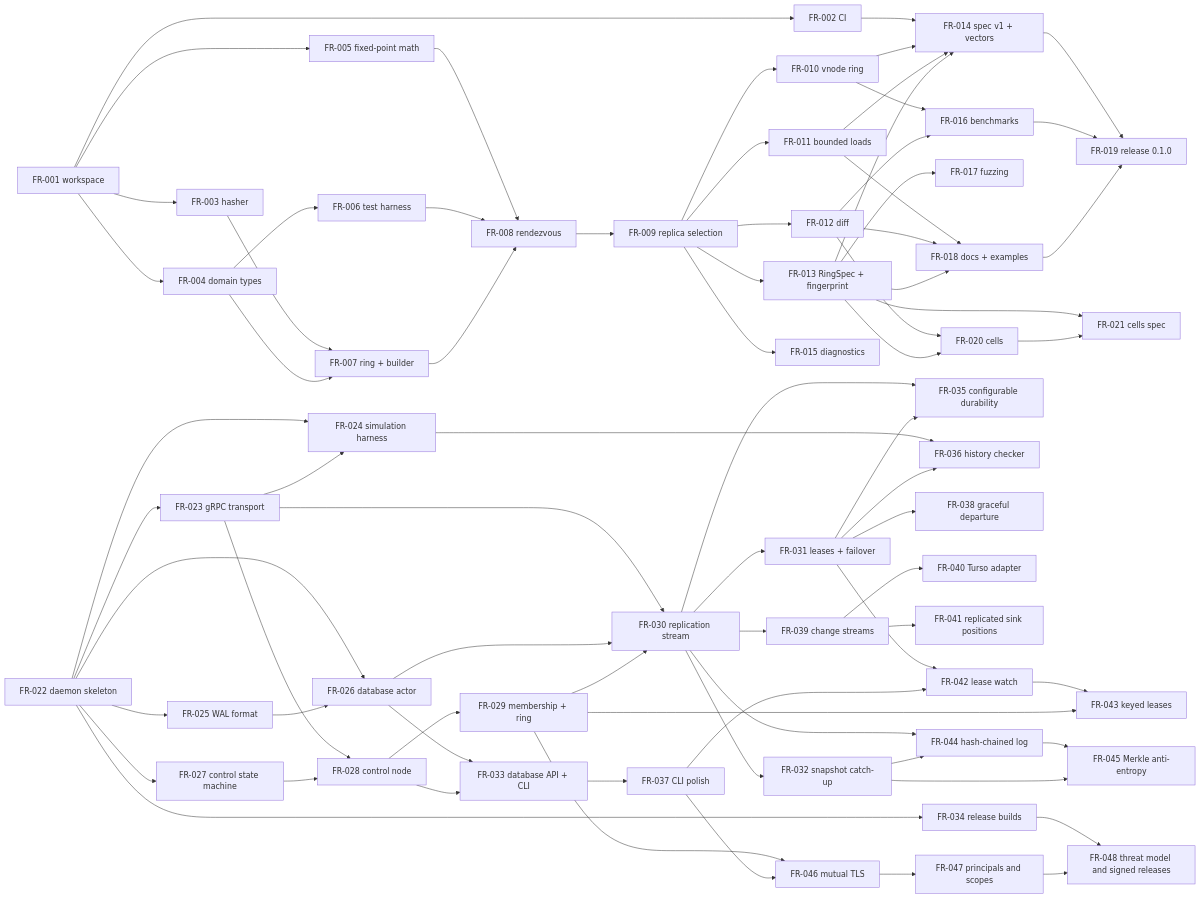
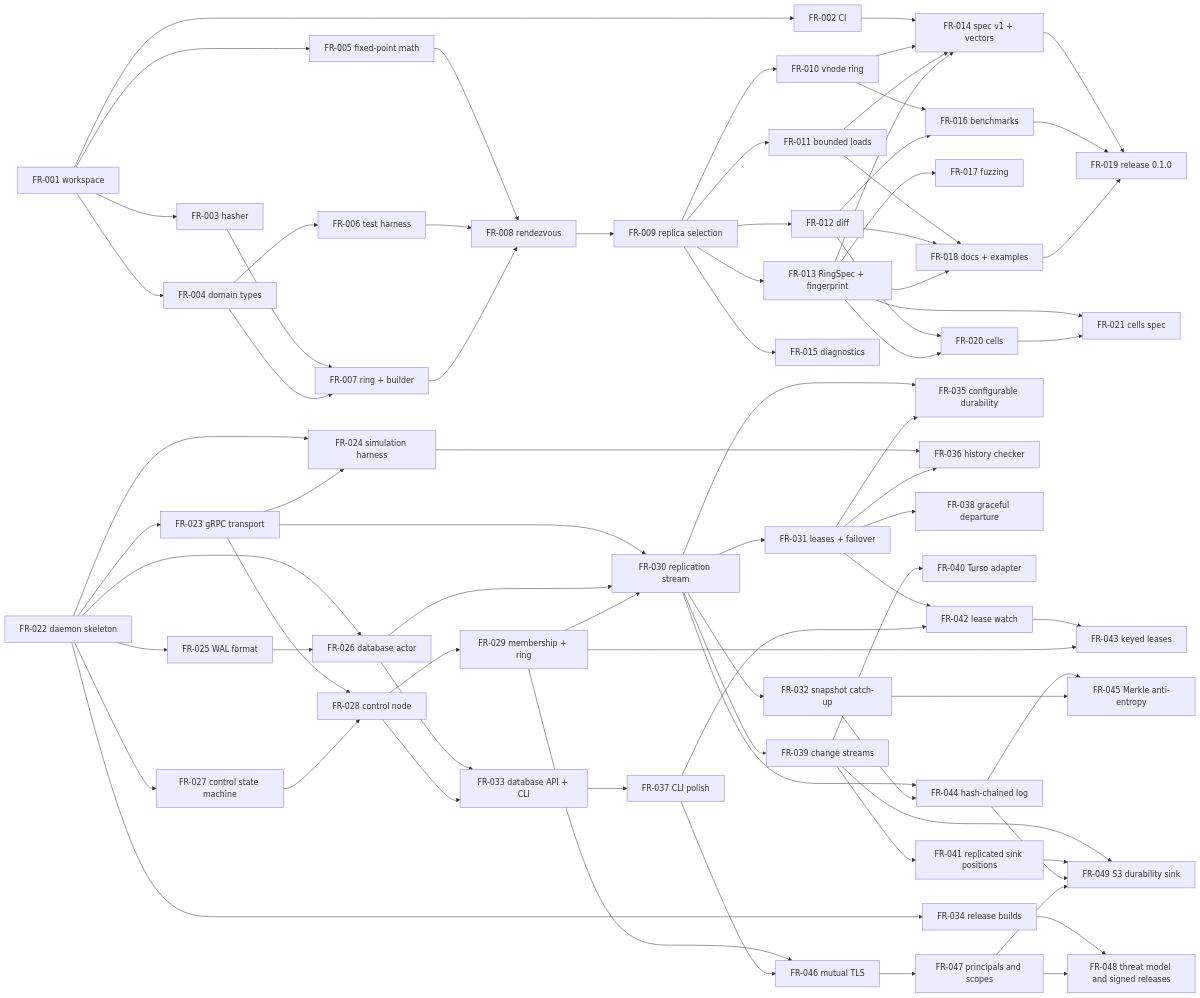
The diagram in docs/tickets/README.md (fleetring/fleetring), drawn with Mermaid before and after one commit. The commit also changed other lines of this file and 4 other files, not shown here.

First line of the commit message:
docs(tickets): ticket the S3 durability sink with point-in-time restore

````diff
--- a/docs/tickets/README.md
+++ b/docs/tickets/README.md
@@ -99,76 +100,80 @@
 ```mermaid
 flowchart LR
   FR001[FR-001 workspace] --> FR002[FR-002 CI]
   FR001 --> FR003[FR-003 hasher]
   FR001 --> FR004[FR-004 domain types]
   FR001 --> FR005[FR-005 fixed-point math]
   FR004 --> FR006[FR-006 test harness]
   FR003 --> FR007[FR-007 ring + builder]
   FR004 --> FR007
   FR005 --> FR008[FR-008 rendezvous]
   FR006 --> FR008
   FR007 --> FR008
   FR008 --> FR009[FR-009 replica selection]
   FR009 --> FR010[FR-010 vnode ring]
   FR009 --> FR011[FR-011 bounded loads]
   FR009 --> FR012[FR-012 diff]
   FR009 --> FR013[FR-013 RingSpec + fingerprint]
   FR009 --> FR015[FR-015 diagnostics]
   FR002 --> FR014[FR-014 spec v1 + vectors]
   FR010 --> FR014
   FR011 --> FR014
   FR013 --> FR014
   FR010 --> FR016[FR-016 benchmarks]
   FR012 --> FR016
   FR013 --> FR017[FR-017 fuzzing]
   FR011 --> FR018[FR-018 docs + examples]
   FR012 --> FR018
   FR013 --> FR018
   FR014 --> FR019[FR-019 release 0.1.0]
   FR016 --> FR019
   FR018 --> FR019
   FR012 --> FR020[FR-020 cells]
   FR013 --> FR020
   FR013 --> FR021[FR-021 cells spec]
   FR020 --> FR021
   FR022[FR-022 daemon skeleton] --> FR023[FR-023 gRPC transport]
   FR022 --> FR024[FR-024 simulation harness]
   FR023 --> FR024
   FR022 --> FR025[FR-025 WAL format]
   FR022 --> FR026[FR-026 database actor]
   FR025 --> FR026
   FR022 --> FR027[FR-027 control state machine]
   FR023 --> FR028[FR-028 control node]
   FR027 --> FR028
   FR028 --> FR029[FR-029 membership + ring]
   FR023 --> FR030[FR-030 replication stream]
   FR026 --> FR030
   FR029 --> FR030
   FR030 --> FR031[FR-031 leases + failover]
   FR030 --> FR032[FR-032 snapshot catch-up]
   FR026 --> FR033[FR-033 database API + CLI]
   FR028 --> FR033
   FR022 --> FR034[FR-034 release builds]
   FR030 --> FR035[FR-035 configurable durability]
   FR031 --> FR035
   FR024 --> FR036[FR-036 history checker]
   FR031 --> FR036
   FR033 --> FR037[FR-037 CLI polish]
   FR031 --> FR038[FR-038 graceful departure]
   FR030 --> FR039[FR-039 change streams]
   FR039 --> FR040[FR-040 Turso adapter]
   FR039 --> FR041[FR-041 replicated sink positions]
   FR031 --> FR042[FR-042 lease watch]
   FR037 --> FR042
   FR042 --> FR043[FR-043 keyed leases]
   FR029 --> FR043
   FR030 --> FR044[FR-044 hash-chained log]
   FR032 --> FR044
   FR044 --> FR045[FR-045 Merkle anti-entropy]
   FR032 --> FR045
   FR029 --> FR046[FR-046 mutual TLS]
   FR037 --> FR046
   FR046 --> FR047[FR-047 principals and scopes]
   FR034 --> FR048[FR-048 threat model and signed releases]
   FR047 --> FR048
+  FR039 --> FR049[FR-049 S3 durability sink]
+  FR041 --> FR049
+  FR044 --> FR049
+  FR047 --> FR049
 ```
````
